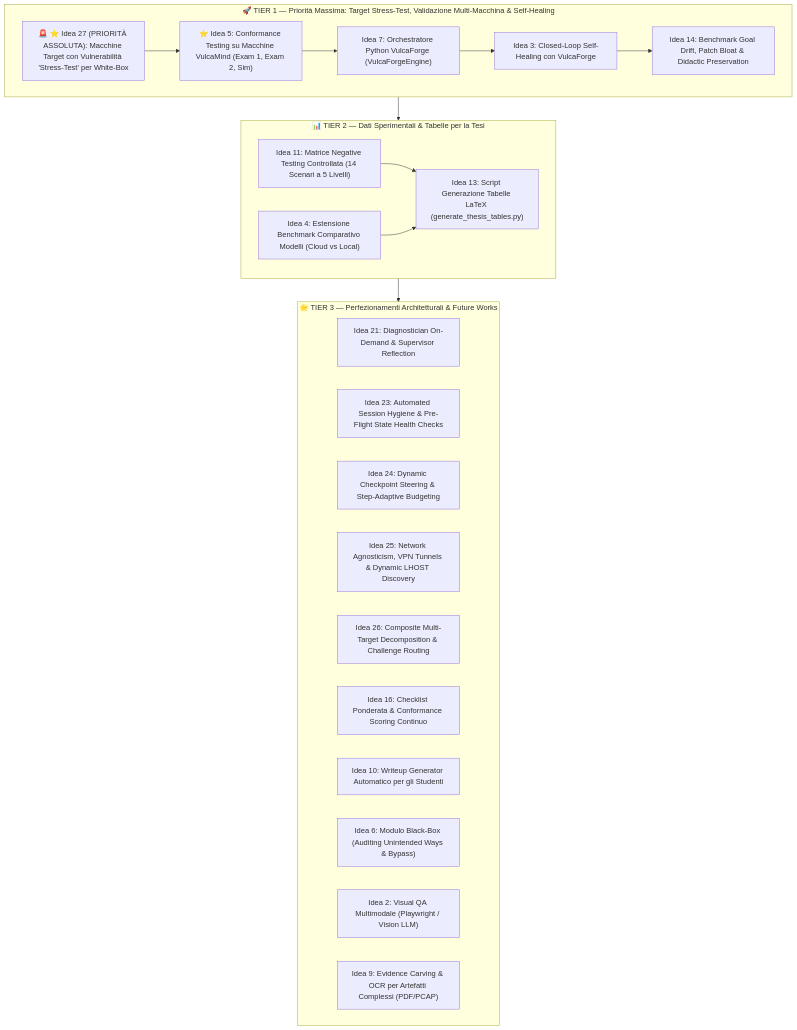
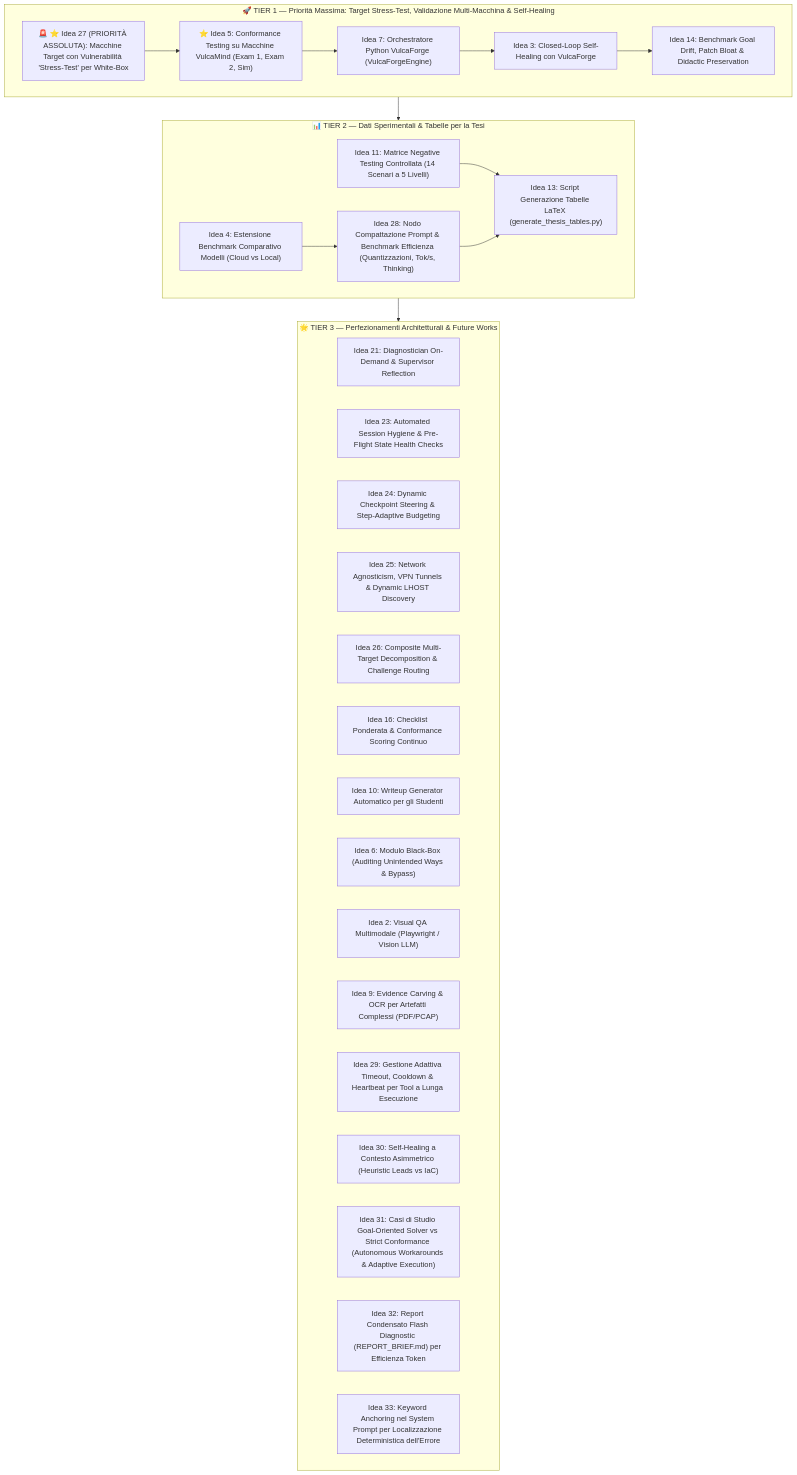
One commit to likingaxis/UNIVE changed the diagram in content/UNI/ANNO 3/TESI/IDEE SPARSE.md. Above: the diagram before and after it, drawn with Mermaid. The commit also changed other lines of this file and 11 other files, not shown here.

````diff
--- a/content/UNI/ANNO 3/TESI/IDEE SPARSE.md
+++ b/content/UNI/ANNO 3/TESI/IDEE SPARSE.md
@@ -12,35 +12,41 @@
 ```mermaid
 flowchart TD
     subgraph TIER1 ["🚀 TIER 1 — Priorità Massima: Target Stress-Test, Validazione Multi-Macchina & Self-Healing"]
         I27["🚨 ⭐ Idea 27 (PRIORITÀ ASSOLUTA): Macchine Target con Vulnerabilità 'Stress-Test' per White-Box"]
         I5["⭐ Idea 5: Conformance Testing su Macchine VulcaMind (Exam 1, Exam 2, Sim)"]
         I7["Idea 7: Orchestratore Python VulcaForge (VulcaForgeEngine)"]
         I3["Idea 3: Closed-Loop Self-Healing con VulcaForge"]
         I14["Idea 14: Benchmark Goal Drift, Patch Bloat & Didactic Preservation"]
         I27 --> I5 --> I7 --> I3 --> I14
     end
 
     subgraph TIER2 ["📊 TIER 2 — Dati Sperimentali & Tabelle per la Tesi"]
         I11["Idea 11: Matrice Negative Testing Controllata (14 Scenari a 5 Livelli)"]
         I4["Idea 4: Estensione Benchmark Comparativo Modelli (Cloud vs Local)"]
+        I28["Idea 28: Nodo Compattazione Prompt & Benchmark Efficienza (Quantizzazioni, Tok/s, Thinking)"]
         I13["Idea 13: Script Generazione Tabelle LaTeX (generate_thesis_tables.py)"]
         I11 --> I13
-        I4 --> I13
+        I4 --> I28 --> I13
     end
 
     subgraph TIER3 ["🌟 TIER 3 — Perfezionamenti Architetturali & Future Works"]
         I21["Idea 21: Diagnostician On-Demand & Supervisor Reflection"]
         I23["Idea 23: Automated Session Hygiene & Pre-Flight State Health Checks"]
         I24["Idea 24: Dynamic Checkpoint Steering & Step-Adaptive Budgeting"]
         I25["Idea 25: Network Agnosticism, VPN Tunnels & Dynamic LHOST Discovery"]
         I26["Idea 26: Composite Multi-Target Decomposition & Challenge Routing"]
         I16["Idea 16: Checklist Ponderata & Conformance Scoring Continuo"]
         I10["Idea 10: Writeup Generator Automatico per gli Studenti"]
         I6["Idea 6: Modulo Black-Box (Auditing Unintended Ways & Bypass)"]
         I2["Idea 2: Visual QA Multimodale (Playwright / Vision LLM)"]
         I9["Idea 9: Evidence Carving & OCR per Artefatti Complessi (PDF/PCAP)"]
+        I29["Idea 29: Gestione Adattiva Timeout, Cooldown & Heartbeat per Tool a Lunga Esecuzione"]
+        I30["Idea 30: Self-Healing a Contesto Asimmetrico (Heuristic Leads vs IaC)"]
+        I31["Idea 31: Casi di Studio Goal-Oriented Solver vs Strict Conformance (Autonomous Workarounds & Adaptive Execution)"]
+        I32["Idea 32: Report Condensato Flash Diagnostic (REPORT_BRIEF.md) per Efficienza Token"]
+        I33["Idea 33: Keyword Anchoring nel System Prompt per Localizzazione Deterministica dell'Errore"]
     end
 
     TIER1 --> TIER2
     TIER2 --> TIER3
 ```
````
